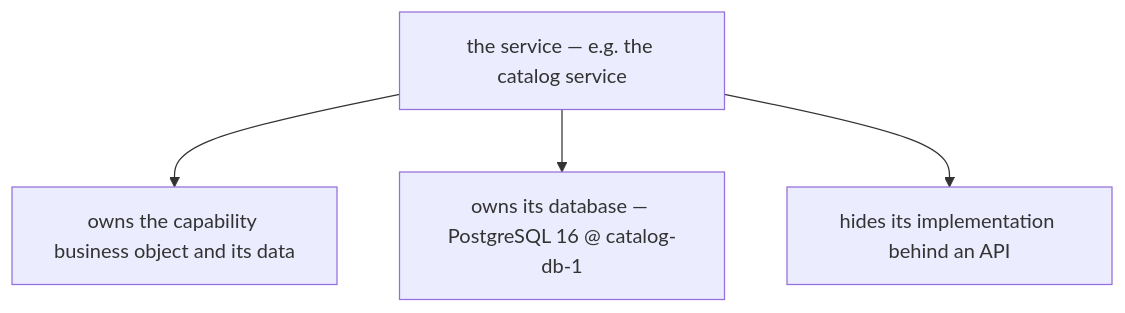
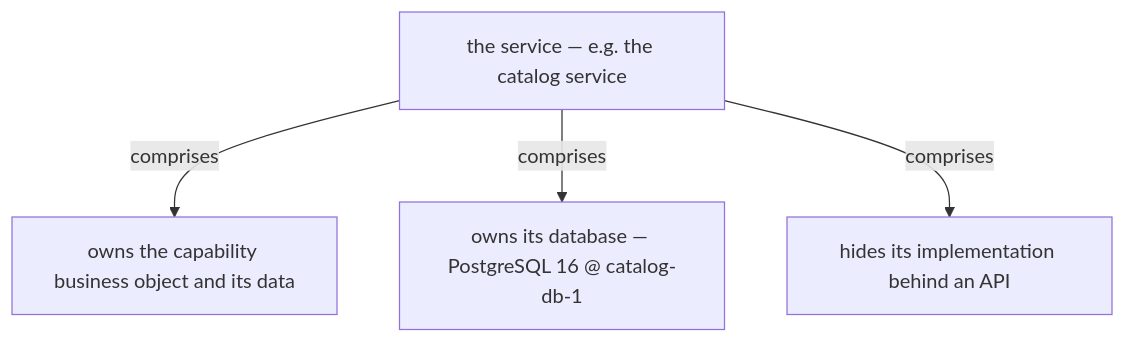
Before and after one commit to vinayakuber/microservices-io-study-guide: the sixth of 13 diagrams in docs/ch03-decompose-by-business-capability.md, drawn with Mermaid. The commit also changed other lines of this file and 71 other files, not shown here.

First line of the commit message:
R18: label every diagram arrow with its meaning

````diff
--- a/docs/ch03-decompose-by-business-capability.md
+++ b/docs/ch03-decompose-by-business-capability.md
@@ -244,7 +244,7 @@
 ```mermaid
 flowchart TD
   R["the service — e.g. the catalog service"]
-  R --> P0["owns the capability business object and its data"]
-  R --> P1["owns its database — PostgreSQL 16 @ catalog-db-1"]
-  R --> P2["hides its implementation behind an API"]
+  R -->|"comprises"| P0["owns the capability business object and its data"]
+  R -->|"comprises"| P1["owns its database — PostgreSQL 16 @ catalog-db-1"]
+  R -->|"comprises"| P2["hides its implementation behind an API"]
 ```
````
